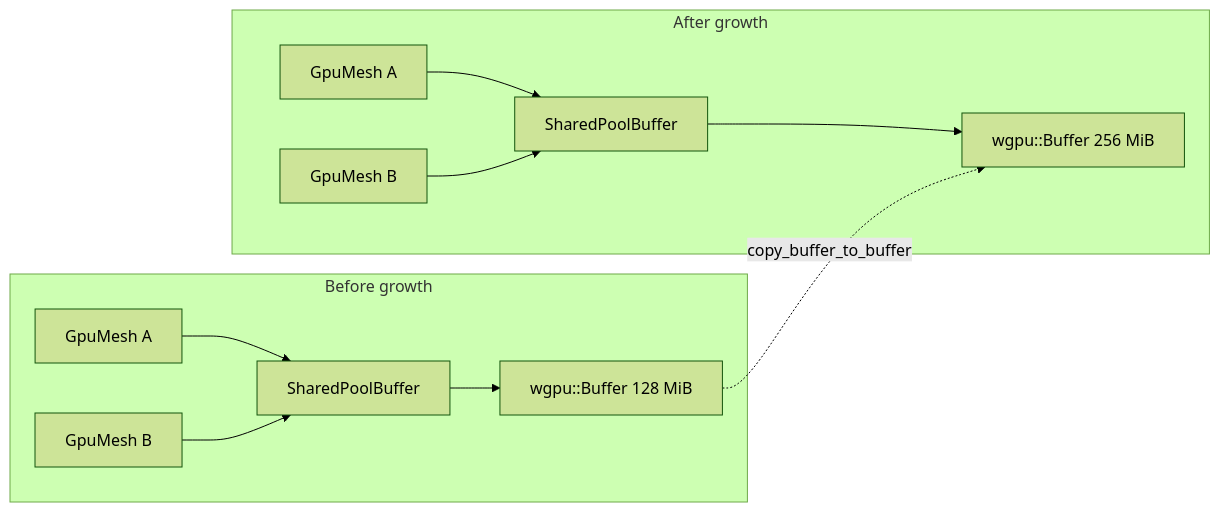
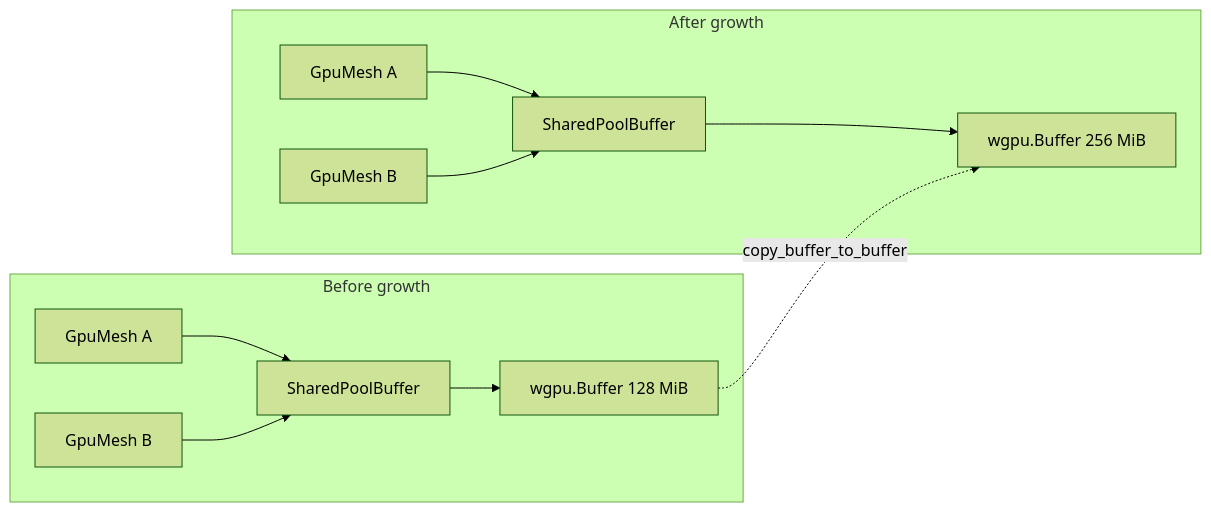
One commit to Far-Beyond-Pulsar/docs changed the third of 5 diagrams in public/docs/core-concepts/Helio/gpu-scene.md. Above: the diagram before and after it, drawn with Mermaid (forest theme). The commit also changed other lines of this file and 10 other files, not shown here.

First line of the commit message:
Use HTML <br/> and quoted labels in mermaid

````diff
--- a/public/docs/core-concepts/Helio/gpu-scene.md
+++ b/public/docs/core-concepts/Helio/gpu-scene.md
@@ -603,14 +603,14 @@
 ```mermaid
 graph LR
     subgraph Before growth
         M1[GpuMesh A] --> S[SharedPoolBuffer]
         M2[GpuMesh B] --> S
-        S --> B1[wgpu::Buffer 128 MiB]
+        S --> B1["wgpu.Buffer 128 MiB"]
     end
     subgraph After growth
         M3[GpuMesh A] --> S2[SharedPoolBuffer]
         M4[GpuMesh B] --> S2
-        S2 --> B2[wgpu::Buffer 256 MiB]
+        S2 --> B2["wgpu.Buffer 256 MiB"]
         B1 -.copy_buffer_to_buffer.-> B2
     end
 ```
````
